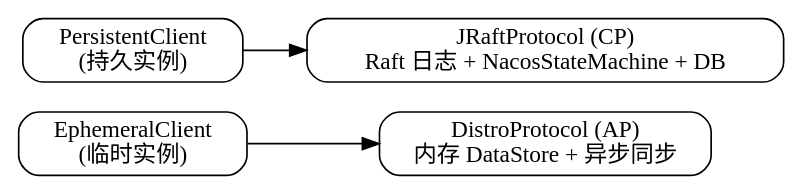
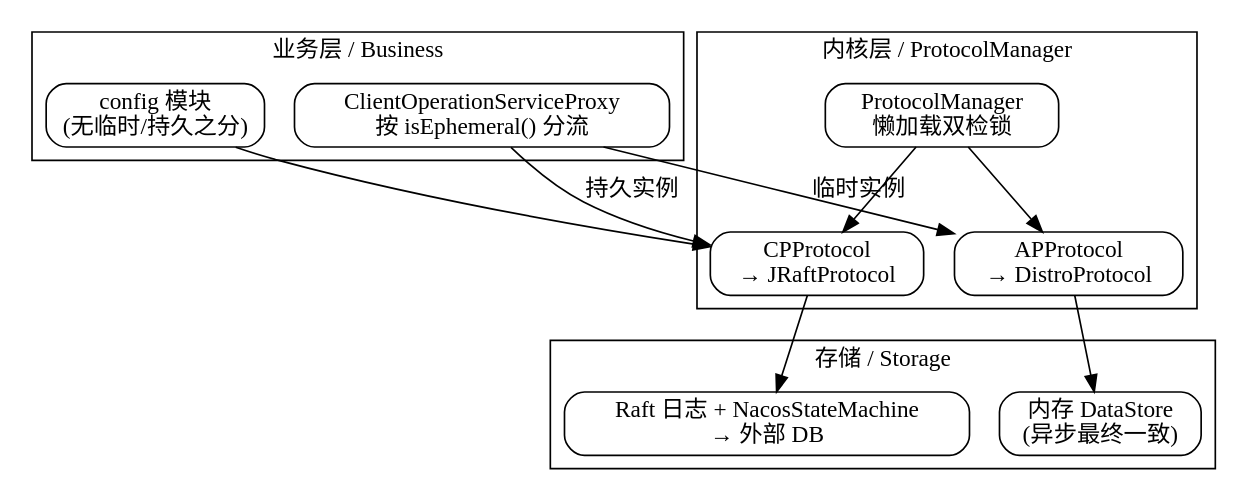
One commit to Robinpig/Note changed the diagram in docs/CS/Framework/nacos/consistency.md. Above: the diagram before and after it, drawn with Graphviz. The commit also changed other lines of this file and 148 other files, not shown here.

````diff
--- a/docs/CS/Framework/nacos/consistency.md
+++ b/docs/CS/Framework/nacos/consistency.md
@@ -43,12 +260,32 @@
 ```dot
-digraph persistent_3x {
-  rankdir=LR;
+digraph ConsistencySplit {
+  rankdir=TB;
   node [shape=box, style=rounded];
-  Ep [label="EphemeralClient\n(临时实例)"];
-  Pe [label="PersistentClient\n(持久实例)"];
-  D  [label="DistroProtocol (AP)\n内存 DataStore + 异步同步"];
-  R  [label="JRaftProtocol (CP)\nRaft 日志 + NacosStateMachine + DB"];
-  Ep -> D;
-  Pe -> R;
+
+  subgraph cluster_entry {
+    label="业务层 / Business";
+    proxy [label="ClientOperationServiceProxy\n按 isEphemeral() 分流"];
+    cfg [label="config 模块\n(无临时/持久之分)"];
+  }
+
+  subgraph cluster_core {
+    label="内核层 / ProtocolManager";
+    pm [label="ProtocolManager\n懒加载双检锁"];
+    ap [label="APProtocol\n→ DistroProtocol"];
+    cp [label="CPProtocol\n→ JRaftProtocol"];
+  }
+
+  subgraph cluster_store {
+    label="存储 / Storage";
+    mem [label="内存 DataStore\n(异步最终一致)"];
+    db [label="Raft 日志 + NacosStateMachine\n→ 外部 DB"];
+  }
+
+  proxy -> ap [label="临时实例"];
+  proxy -> cp [label="持久实例"];
+  cfg -> cp;
+  pm -> ap; pm -> cp;
+  ap -> mem;
+  cp -> db;
 }
 ```
````
